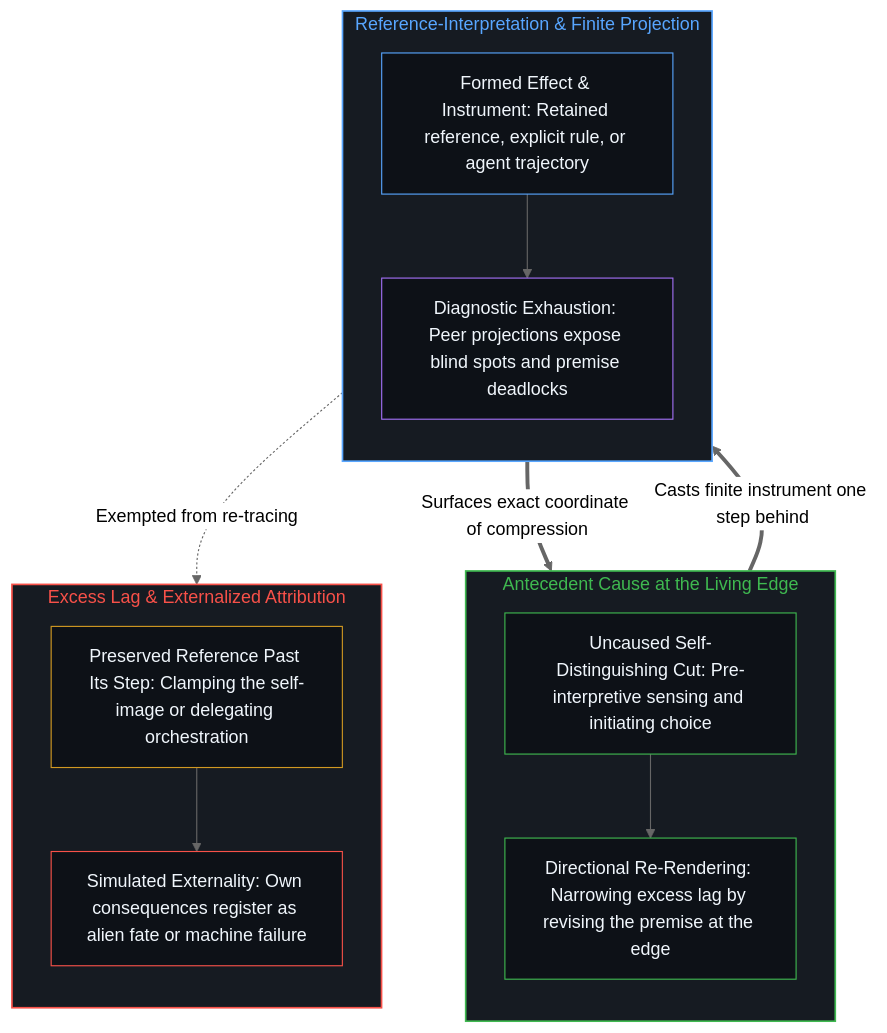
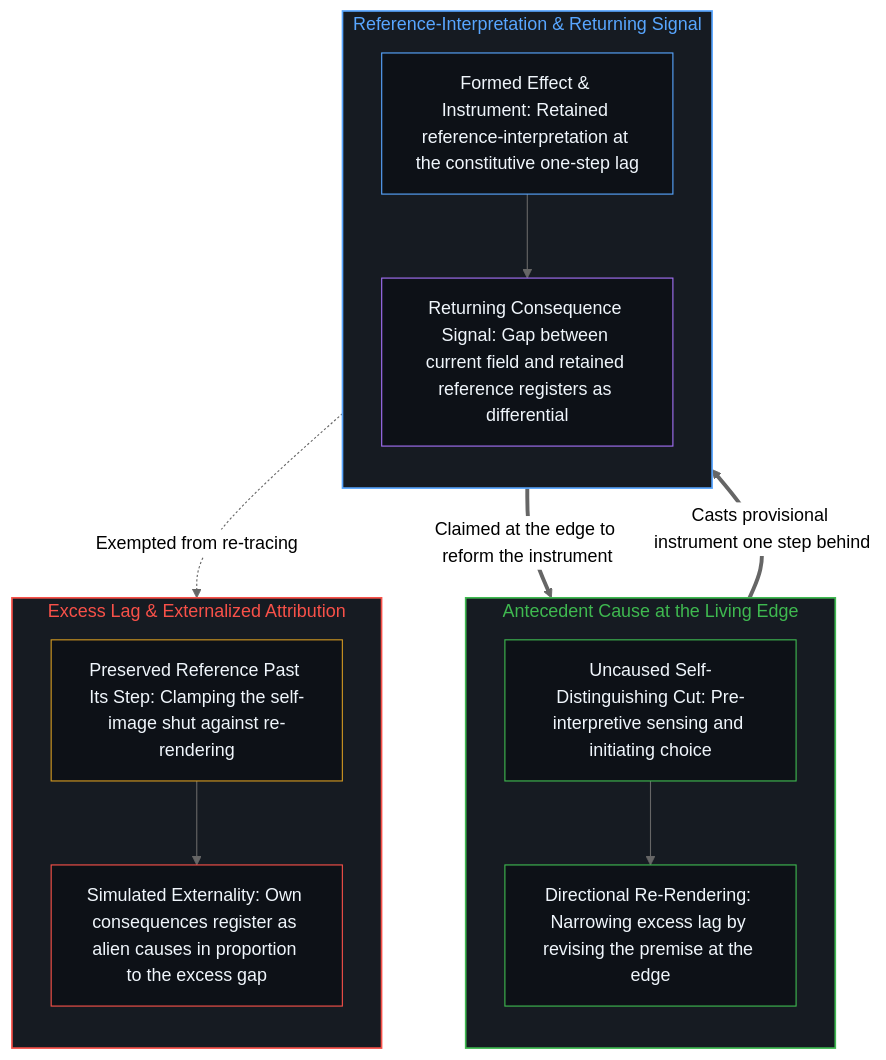
Before and after one commit to powerpig99/not-a-toe: the second of 2 diagrams in content/posts/qian-yin-hou-guo.md, drawn with Mermaid (neutral theme). The commit also changed other lines of this file and 13 other files, not shown here.

````diff
--- a/content/posts/qian-yin-hou-guo.md
+++ b/content/posts/qian-yin-hou-guo.md
@@ -77,33 +77,33 @@
 ```mermaid
 flowchart TD
     subgraph S_Edge["Antecedent Cause at the Living Edge"]
         direction TB
         Act["Uncaused Self-Distinguishing Cut: Pre-interpretive sensing and initiating choice"]
         ReRender["Directional Re-Rendering: Narrowing excess lag by revising the premise at the edge"]
         Act --> ReRender
     end
-    subgraph S_Inst["Reference-Interpretation & Finite Projection"]
+    subgraph S_Inst["Reference-Interpretation & Returning Signal"]
         direction TB
-        Proj["Formed Effect & Instrument: Retained reference, explicit rule, or agent trajectory"]
-        Peer["Diagnostic Exhaustion: Peer projections expose blind spots and premise deadlocks"]
-        Proj --> Peer
+        Proj["Formed Effect & Instrument: Retained reference-interpretation at the constitutive one-step lag"]
+        Return["Returning Consequence Signal: Gap between current field and retained reference registers as differential"]
+        Proj --> Return
     end
     subgraph S_Lag["Excess Lag & Externalized Attribution"]
         direction TB
-        Freeze["Preserved Reference Past Its Step: Clamping the self-image or delegating orchestration"]
-        Alien["Simulated Externality: Own consequences register as alien fate or machine failure"]
+        Freeze["Preserved Reference Past Its Step: Clamping the self-image shut against re-rendering"]
+        Alien["Simulated Externality: Own consequences register as alien causes in proportion to the excess gap"]
         Freeze --> Alien
     end
-    ReRender ==>|"Casts finite instrument one step behind"| Proj
-    Peer ==>|"Surfaces exact coordinate of compression"| ReRender
+    ReRender ==>|"Casts provisional instrument one step behind"| Proj
+    Return ==>|"Claimed at the edge to reform the instrument"| ReRender
     Proj -.->|"Exempted from re-tracing"| Freeze
     style S_Edge fill:#161b22,stroke:#3fb950,stroke-width:1.5px,color:#3fb950
     style S_Inst fill:#161b22,stroke:#58a6ff,stroke-width:1.5px,color:#58a6ff
     style S_Lag fill:#161b22,stroke:#f85149,stroke-width:1.5px,color:#f85149
     style Act fill:#0d1117,stroke:#3fb950,stroke-width:1px,color:#f0f6fc
     style ReRender fill:#0d1117,stroke:#3fb950,stroke-width:1px,color:#f0f6fc
     style Proj fill:#0d1117,stroke:#58a6ff,stroke-width:1px,color:#f0f6fc
-    style Peer fill:#0d1117,stroke:#a371f7,stroke-width:1px,color:#f0f6fc
+    style Return fill:#0d1117,stroke:#a371f7,stroke-width:1px,color:#f0f6fc
     style Freeze fill:#0d1117,stroke:#d29922,stroke-width:1px,color:#f0f6fc
     style Alien fill:#0d1117,stroke:#f85149,stroke-width:1px,color:#f0f6fc
 ```
````
